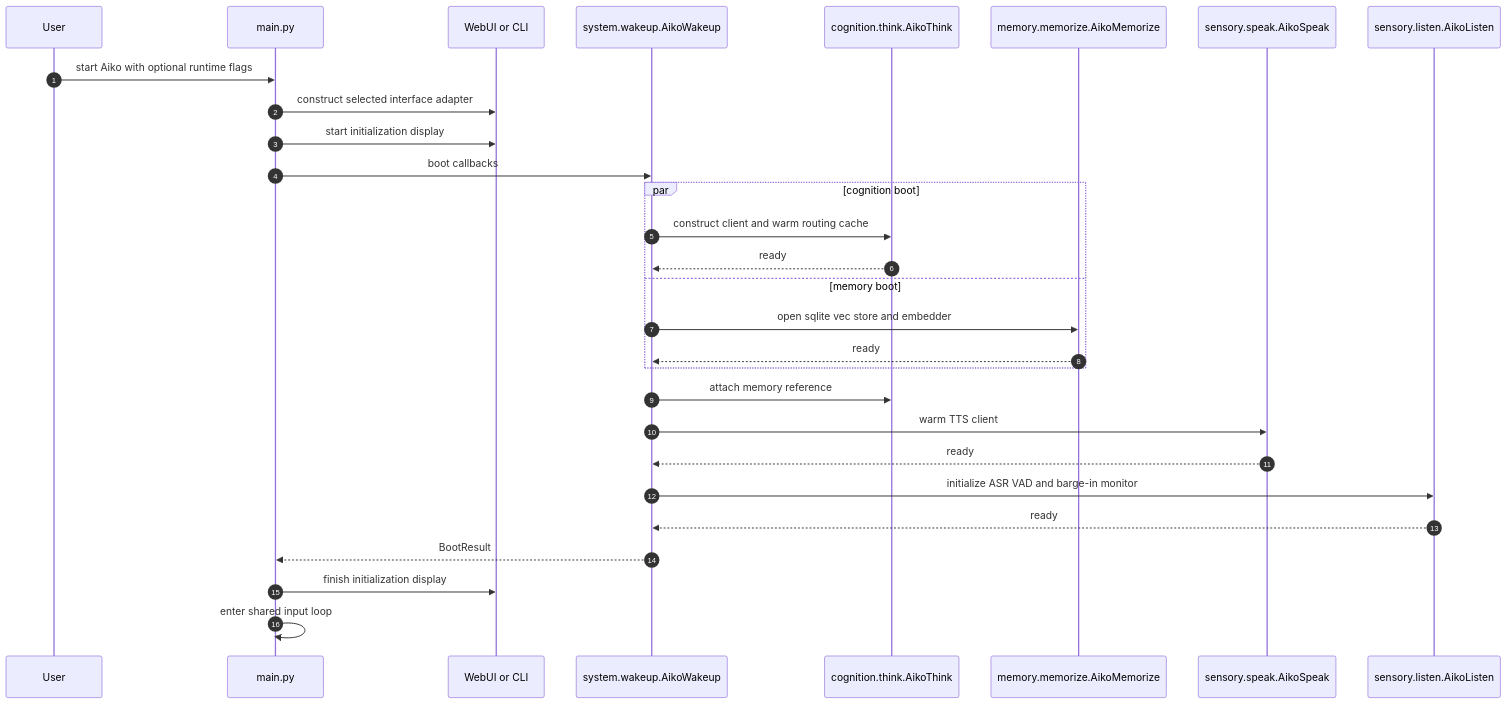
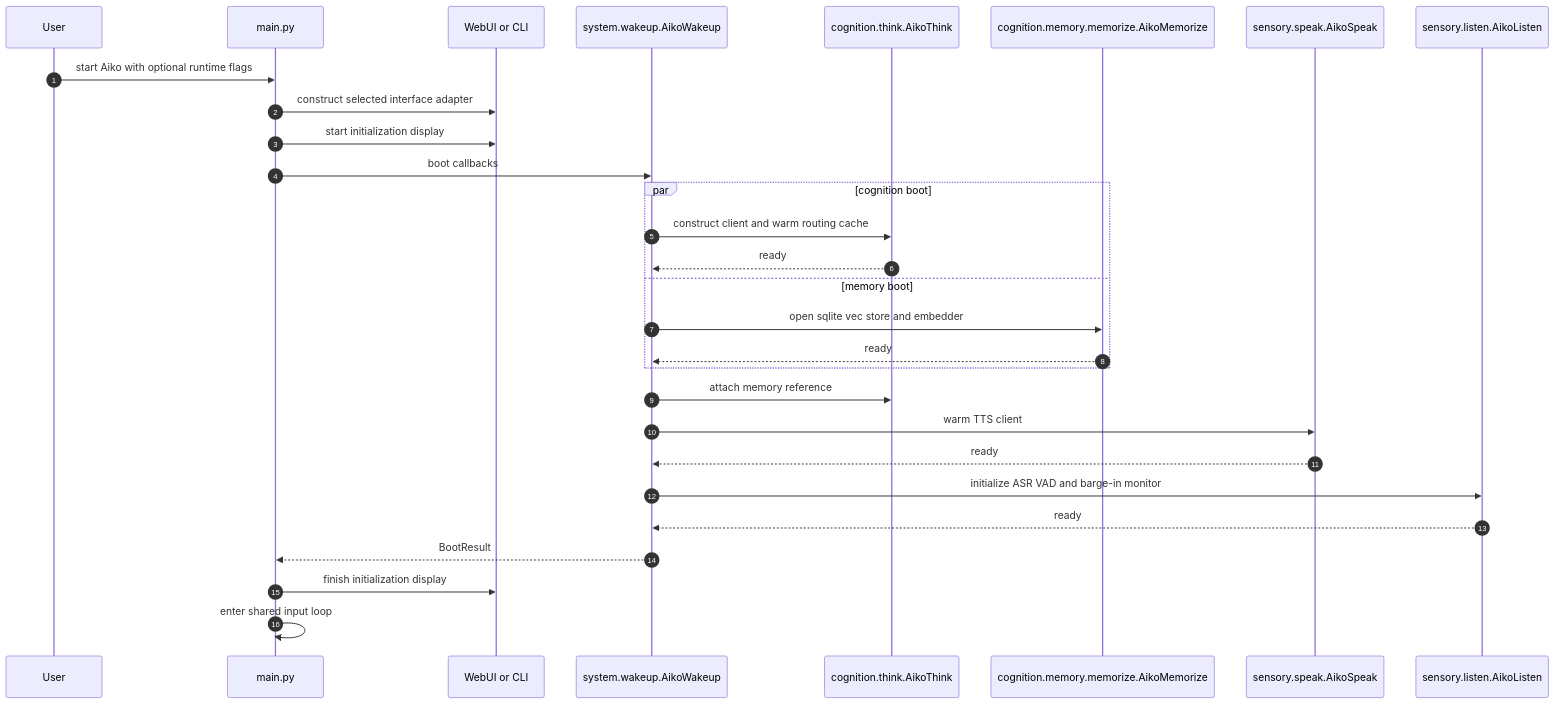
Before and after one commit to OppaAI/Aiko-chan: the second of 5 diagrams in docs/ARCHITECTURE.md, drawn with Mermaid. The commit also changed other lines of this file and 69 other files, not shown here.

````diff
--- a/docs/ARCHITECTURE.md
+++ b/docs/ARCHITECTURE.md
@@ -76,32 +76,32 @@
 ```mermaid
 sequenceDiagram
     autonumber
     participant U as User
     participant M as main.py
     participant UI as WebUI or CLI
     participant W as system.wakeup.AikoWakeup
     participant T as cognition.think.AikoThink
-    participant Mem as memory.memorize.AikoMemorize
+    participant Mem as cognition.memory.memorize.AikoMemorize
     participant S as sensory.speak.AikoSpeak
     participant L as sensory.listen.AikoListen
 
     U->>M: start Aiko with optional runtime flags
     M->>UI: construct selected interface adapter
     M->>UI: start initialization display
     M->>W: boot callbacks
     par cognition boot
         W->>T: construct client and warm routing cache
         T-->>W: ready
     and memory boot
         W->>Mem: open sqlite vec store and embedder
         Mem-->>W: ready
     end
     W->>T: attach memory reference
     W->>S: warm TTS client
     S-->>W: ready
     W->>L: initialize ASR VAD and barge-in monitor
     L-->>W: ready
     W-->>M: BootResult
     M->>UI: finish initialization display
     M->>M: enter shared input loop
 ```
````
